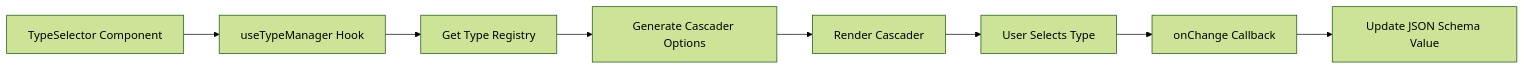
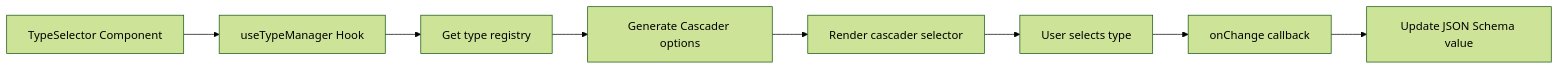
One commit to sanmaopep/flowgram.ai changed the diagram in apps/docs/src/en/guide/materials/components/type-selector.mdx. Above: the diagram before and after it, drawn with Mermaid (forest theme). The commit also changed other lines of this file and 10 other files, not shown here.

````diff
--- a/apps/docs/src/en/guide/materials/components/type-selector.mdx
+++ b/apps/docs/src/en/guide/materials/components/type-selector.mdx
@@ -99,10 +103,10 @@
 ```mermaid
 graph LR
     A[TypeSelector Component] --> B[useTypeManager Hook]
-    B --> C[Get Type Registry]
-    C --> D[Generate Cascader Options]
-    D --> E[Render Cascader]
-    E --> F[User Selects Type]
-    F --> G[onChange Callback]
-    G --> H[Update JSON Schema Value]
+    B --> C[Get type registry]
+    C --> D[Generate Cascader options]
+    D --> E[Render cascader selector]
+    E --> F[User selects type]
+    F --> G[onChange callback]
+    G --> H[Update JSON Schema value]
 ```
````
